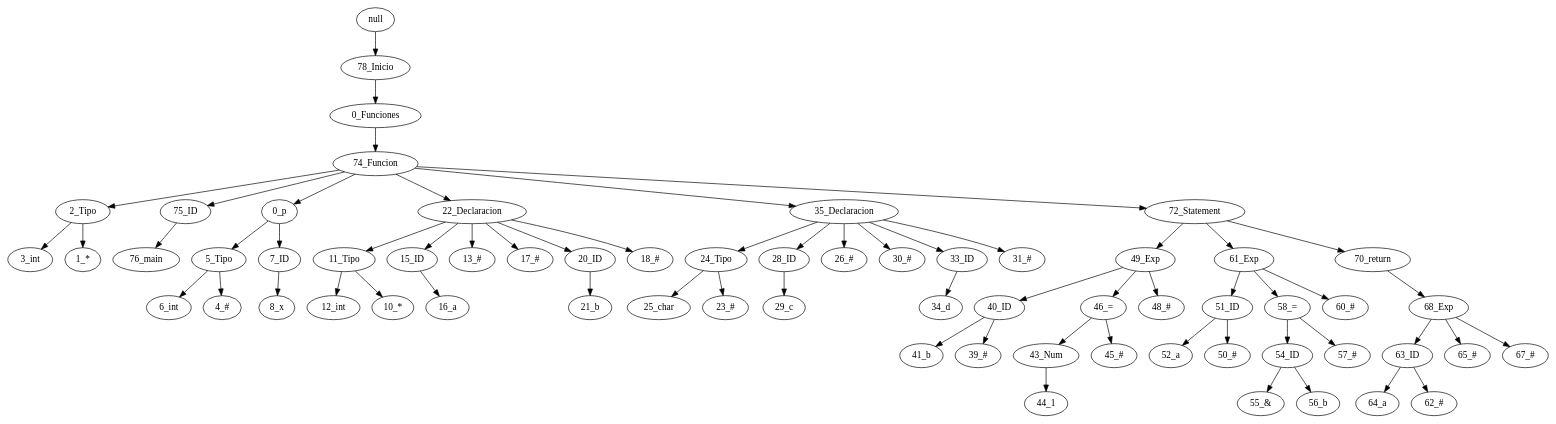
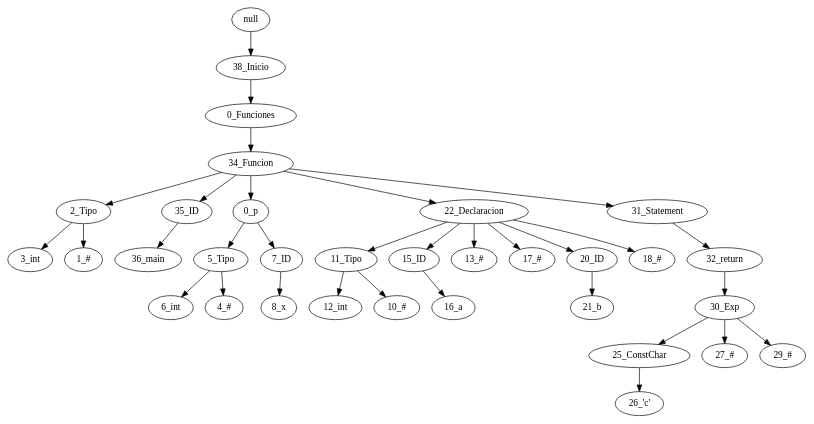
Before and after one commit to IlianaPinto/Mini-C: the diagram in Interfaz/src/Analizador/generado.dot, drawn with Graphviz. The commit also changed 1 other file, not shown here.

```diff
--- a/Interfaz/src/Analizador/generado.dot
+++ b/Interfaz/src/Analizador/generado.dot
@@ -1,65 +1,34 @@
 digraph {
-"null" -> "78_Inicio";
-"78_Inicio" -> "0_Funciones";
-"0_Funciones" -> "74_Funcion";
-"74_Funcion" -> "2_Tipo";
+"null" -> "38_Inicio";
+"38_Inicio" -> "0_Funciones";
+"0_Funciones" -> "34_Funcion";
+"34_Funcion" -> "2_Tipo";
 "2_Tipo" -> "3_int";
-"2_Tipo" -> "1_*";
-"74_Funcion" -> "75_ID";
-"75_ID" -> "76_main";
-"74_Funcion" -> "0_p";
+"2_Tipo" -> "1_#";
+"34_Funcion" -> "35_ID";
+"35_ID" -> "36_main";
+"34_Funcion" -> "0_p";
 "0_p" -> "5_Tipo";
 "5_Tipo" -> "6_int";
 "5_Tipo" -> "4_#";
 "0_p" -> "7_ID";
 "7_ID" -> "8_x";
-"74_Funcion" -> "22_Declaracion";
+"34_Funcion" -> "22_Declaracion";
 "22_Declaracion" -> "11_Tipo";
 "11_Tipo" -> "12_int";
-"11_Tipo" -> "10_*";
+"11_Tipo" -> "10_#";
 "22_Declaracion" -> "15_ID";
 "15_ID" -> "16_a";
 "22_Declaracion" -> "13_#";
 "22_Declaracion" -> "17_#";
 "22_Declaracion" -> "20_ID";
 "20_ID" -> "21_b";
 "22_Declaracion" -> "18_#";
-"74_Funcion" -> "35_Declaracion";
-"35_Declaracion" -> "24_Tipo";
-"24_Tipo" -> "25_char";
-"24_Tipo" -> "23_#";
-"35_Declaracion" -> "28_ID";
-"28_ID" -> "29_c";
-"35_Declaracion" -> "26_#";
-"35_Declaracion" -> "30_#";
-"35_Declaracion" -> "33_ID";
-"33_ID" -> "34_d";
-"35_Declaracion" -> "31_#";
-"74_Funcion" -> "72_Statement";
-"72_Statement" -> "49_Exp";
-"49_Exp" -> "40_ID";
-"40_ID" -> "41_b";
-"40_ID" -> "39_#";
-"49_Exp" -> "46_=";
-"46_=" -> "43_Num";
-"43_Num" -> "44_1";
-"46_=" -> "45_#";
-"49_Exp" -> "48_#";
-"72_Statement" -> "61_Exp";
-"61_Exp" -> "51_ID";
-"51_ID" -> "52_a";
-"51_ID" -> "50_#";
-"61_Exp" -> "58_=";
-"58_=" -> "54_ID";
-"54_ID" -> "55_&";
-"54_ID" -> "56_b";
-"58_=" -> "57_#";
-"61_Exp" -> "60_#";
-"72_Statement" -> "70_return";
-"70_return" -> "68_Exp";
-"68_Exp" -> "63_ID";
-"63_ID" -> "64_a";
-"63_ID" -> "62_#";
-"68_Exp" -> "65_#";
-"68_Exp" -> "67_#";
+"34_Funcion" -> "31_Statement";
+"31_Statement" -> "32_return";
+"32_return" -> "30_Exp";
+"30_Exp" -> "25_ConstChar";
+"25_ConstChar" -> "26_'c'";
+"30_Exp" -> "27_#";
+"30_Exp" -> "29_#";
 }
```
